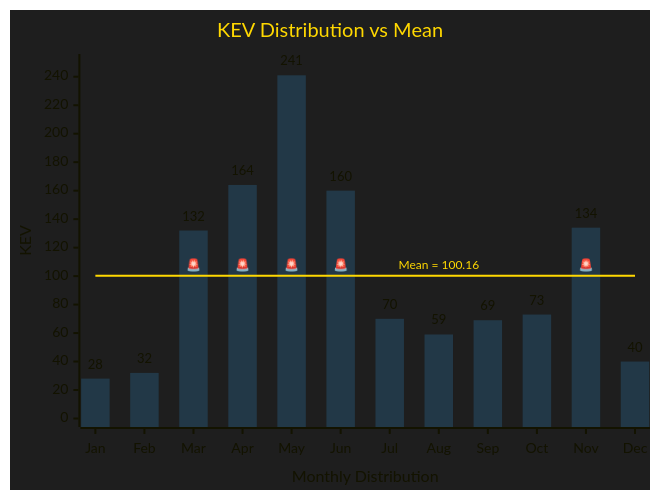
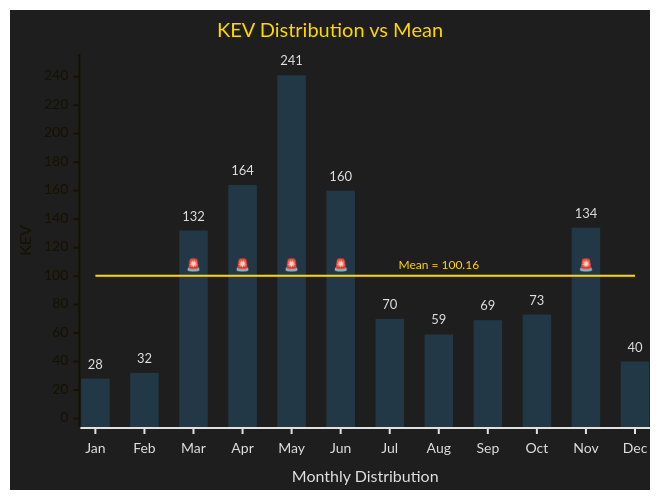
Before and after one commit to myseq/makeshift: the diagram in mdfiles/cisakev36m.md, drawn with Mermaid.

Commit message:
updated data

````diff
--- a/mdfiles/cisakev36m.md
+++ b/mdfiles/cisakev36m.md
@@ -3,24 +3,30 @@
 ```mermaid
 ---
 config:
     xyChart:
         width: 640
         height: 480
         showLegend: true
         showDataLabel: true
         showDataLabelOutsideBar: true
     themeVariables:
         xyChart:
             backgroundColor: "#1e1e1e"
             titleColor: "#ffd800"
+            dataLabelColor: "#e1e1e1"
             plotColorPalette: '#36A2EB33, #ffd800'
+            xAxisLabelColor: "#e1e1e1"
+            xAxisTitleColor: "#e1e1e1"
+            xAxisTickColor: "#e1e1e1"
+            xAxisLineColor: "#e1e1e1"
+
 
 ---
 xychart
     title "KEV Distribution vs Mean"
     x-axis "Monthly Distribution" [Jan, Feb, Mar, Apr, May, Jun, Jul, Aug, Sep, Oct, Nov, Dec]
     y-axis "KEV"  0 --> 250
     bar "month" [28, 32, 132, 164, 241, 160, 70, 59, 69, 73, 134, 40]
     line "mean" [100.16, 100.16, 100.16 "🚨", 100.16 "🚨", 100.16 "🚨", 100.16 "🚨", 100.16, 100.16 "Mean = 100.16", 100.16, 100.16, 100.16 "🚨", 100.16]
 
 ```
````
